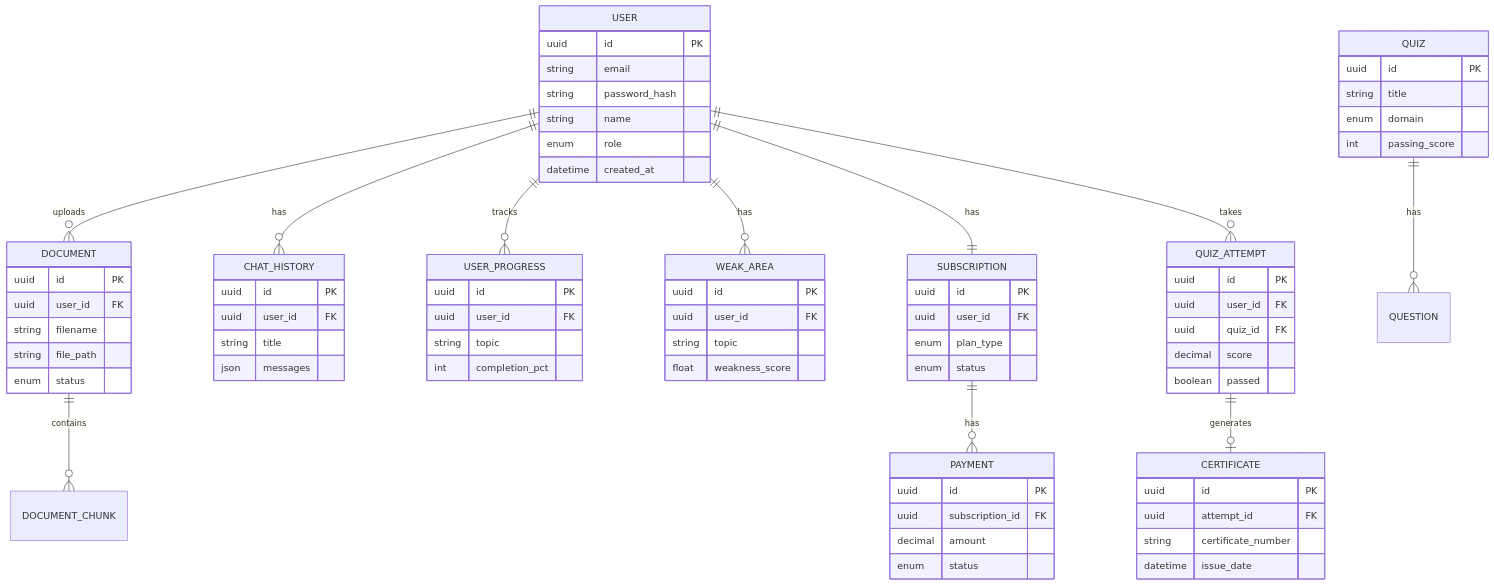
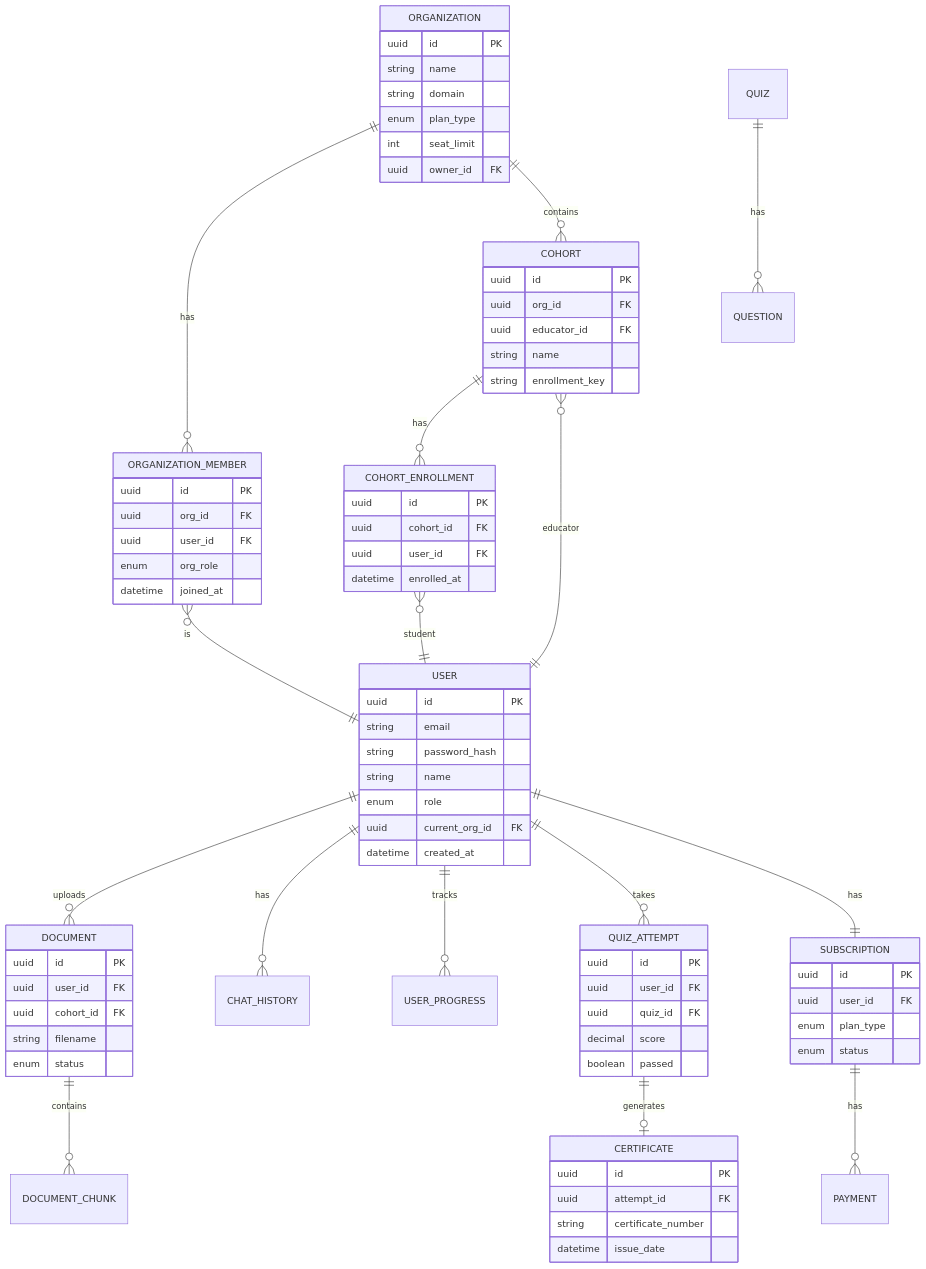
Before and after one commit to muhammadfahaddev/AI-Smart-Skill-Coach: the diagram in docs/diagrams/05_erd/v1.0/erd_overview.md, drawn with Mermaid. The commit also changed other lines of this file and 4 other files, not shown here.

Commit message:
feat: Introduce multi-tenant architecture, ERD, RBAC, and use case diagrams.

````diff
--- a/docs/diagrams/05_erd/v1.0/erd_overview.md
+++ b/docs/diagrams/05_erd/v1.0/erd_overview.md
@@ -4,62 +4,75 @@
 ```mermaid
 erDiagram
+    %% B2B Relationships
+    ORGANIZATION ||--o{ ORGANIZATION_MEMBER : has
+    ORGANIZATION ||--o{ COHORT : contains
+    ORGANIZATION_MEMBER }o--|| USER : is
+    COHORT ||--o{ COHORT_ENROLLMENT : has
+    COHORT }o--|| USER : educator
+    COHORT_ENROLLMENT }o--|| USER : student
+
+    %% Core Relationships
     USER ||--o{ DOCUMENT : uploads
     USER ||--o{ CHAT_HISTORY : has
     USER ||--o{ USER_PROGRESS : tracks
-    USER ||--o{ WEAK_AREA : has
+    USER ||--o{ QUIZ_ATTEMPT : takes
     USER ||--|| SUBSCRIPTION : has
 
     DOCUMENT ||--o{ DOCUMENT_CHUNK : contains
-
     QUIZ ||--o{ QUESTION : has
-    USER ||--o{ QUIZ_ATTEMPT : takes
     QUIZ_ATTEMPT ||--o| CERTIFICATE : generates
-
     SUBSCRIPTION ||--o{ PAYMENT : has
 
+    %% New B2B Entities
+    ORGANIZATION {
+        uuid id PK
+        string name
+        string domain
+        enum plan_type
+        int seat_limit
+        uuid owner_id FK
+    }
+
+    ORGANIZATION_MEMBER {
+        uuid id PK
+        uuid org_id FK
+        uuid user_id FK
+        enum org_role
+        datetime joined_at
+    }
+
+    COHORT {
+        uuid id PK
+        uuid org_id FK
+        uuid educator_id FK
+        string name
+        string enrollment_key
+    }
+
+    COHORT_ENROLLMENT {
+        uuid id PK
+        uuid cohort_id FK
+        uuid user_id FK
+        datetime enrolled_at
+    }
+
+    %% Core Entities
     USER {
         uuid id PK
         string email
         string password_hash
         string name
         enum role
+        uuid current_org_id FK
         datetime created_at
     }
 
     DOCUMENT {
         uuid id PK
         uuid user_id FK
+        uuid cohort_id FK
         string filename
-        string file_path
         enum status
-    }
-
-    CHAT_HISTORY {
-        uuid id PK
-        uuid user_id FK
-        string title
-        json messages
-    }
-
-    USER_PROGRESS {
-        uuid id PK
-        uuid user_id FK
-        string topic
-        int completion_pct
-    }
-
-    WEAK_AREA {
-        uuid id PK
-        uuid user_id FK
-        string topic
-        float weakness_score
-    }
-
-    QUIZ {
-        uuid id PK
-        string title
-        enum domain
-        int passing_score
     }
 
     QUIZ_ATTEMPT {
@@ -83,11 +96,4 @@
         enum plan_type
         enum status
     }
-
-    PAYMENT {
-        uuid id PK
-        uuid subscription_id FK
-        decimal amount
-        enum status
-    }
 ```
````
